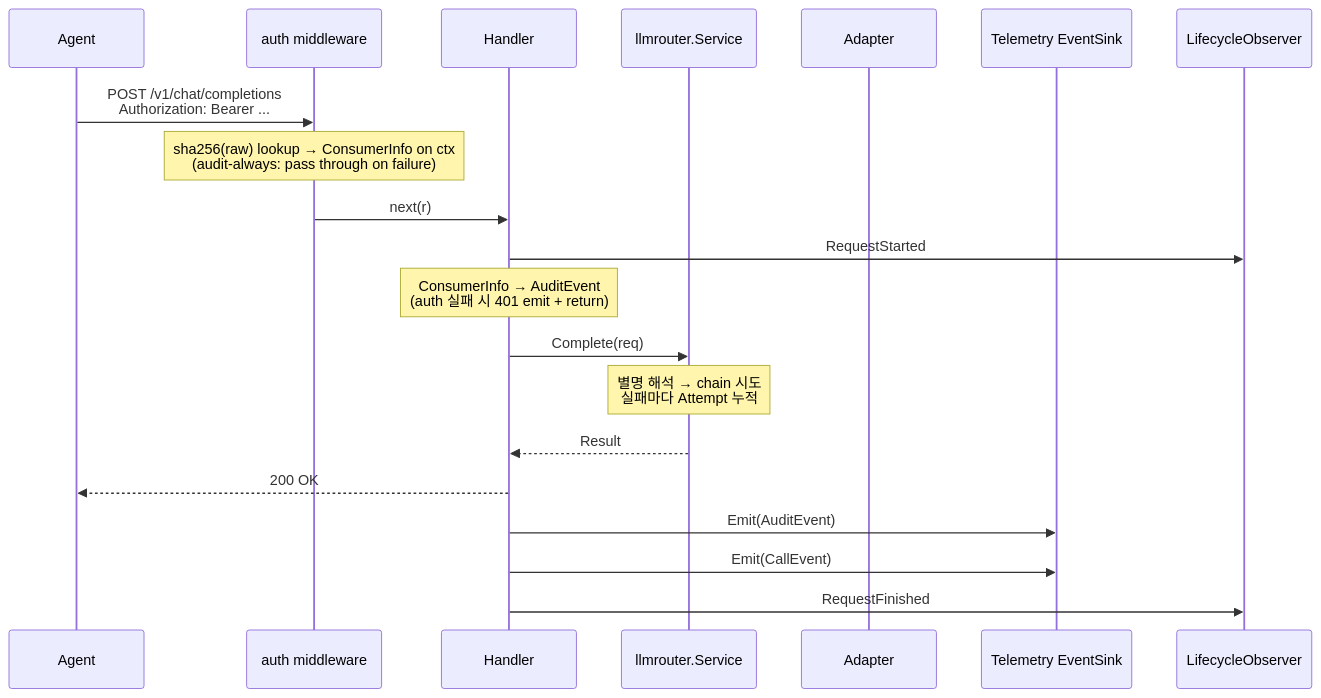
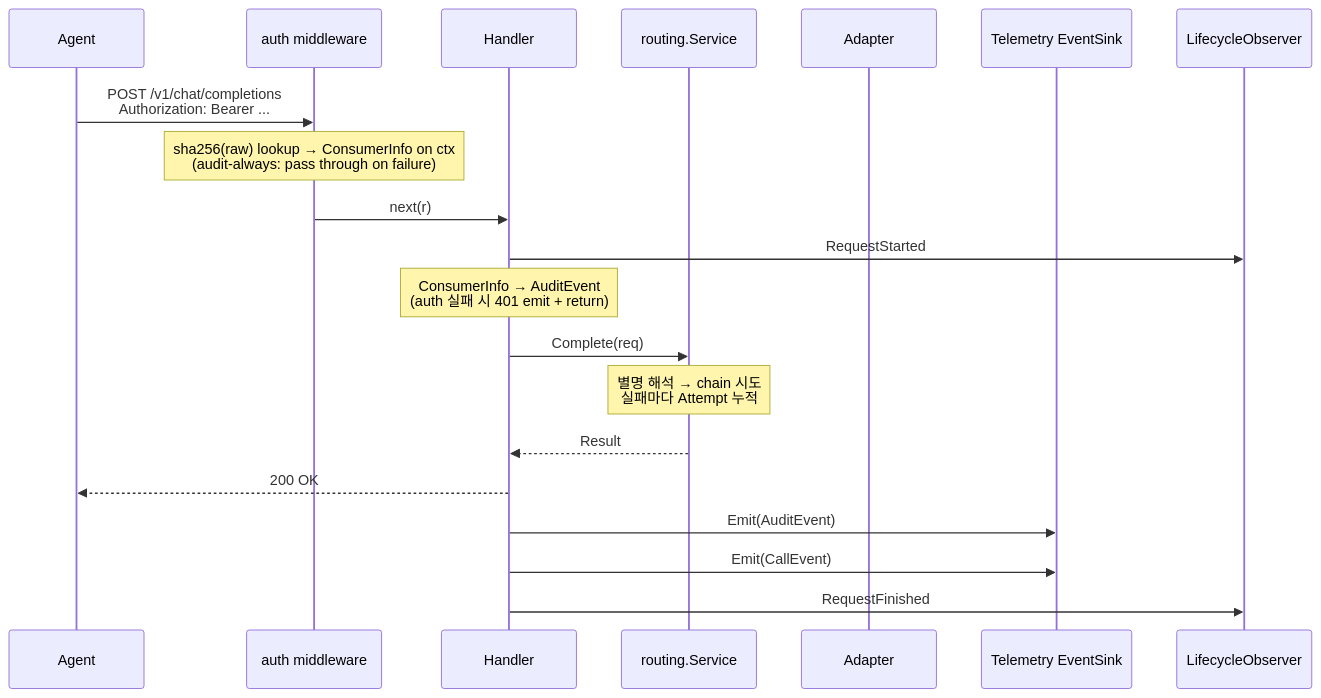
The diagram in docs/request.md (cagojeiger/llmgate), drawn with Mermaid before and after one commit. The commit also changed other lines of this file and 27 other files, not shown here.

First line of the commit message:
refactor(domain): move routing service under domain

````diff
--- a/docs/request.md
+++ b/docs/request.md
@@ -9,23 +9,23 @@
 ```mermaid
 sequenceDiagram
     participant A as Agent
     participant M as auth middleware
     participant H as Handler
-    participant S as llmrouter.Service
+    participant S as routing.Service
     participant P as Adapter
     participant T as Telemetry EventSink
     participant L as LifecycleObserver
 
     A->>M: POST /v1/chat/completions<br/>Authorization: Bearer ...
     Note over M: sha256(raw) lookup → ConsumerInfo on ctx<br/>(audit-always: pass through on failure)
     M->>H: next(r)
     H->>L: RequestStarted
     Note over H: ConsumerInfo → AuditEvent<br/>(auth 실패 시 401 emit + return)
     H->>S: Complete(req)
     Note over S: 별명 해석 → chain 시도<br/>실패마다 Attempt 누적
     S-->>H: Result
     H-->>A: 200 OK
     H->>T: Emit(AuditEvent)
     H->>T: Emit(CallEvent)
     H->>L: RequestFinished
 ```
````
